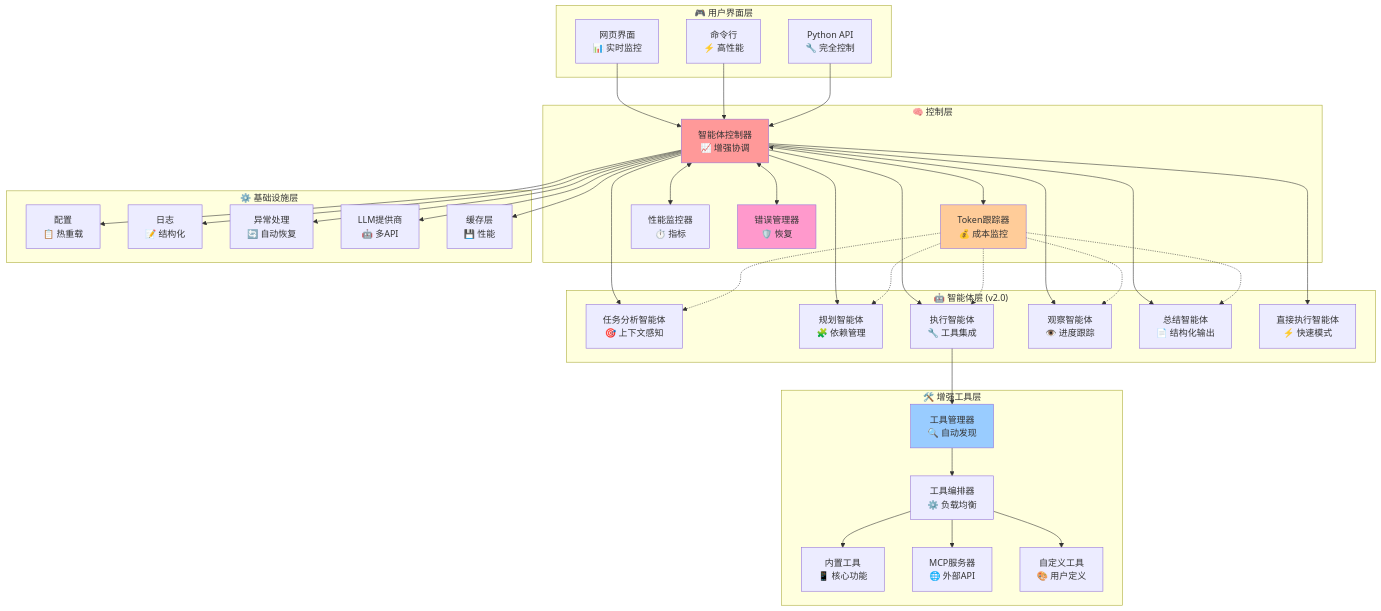
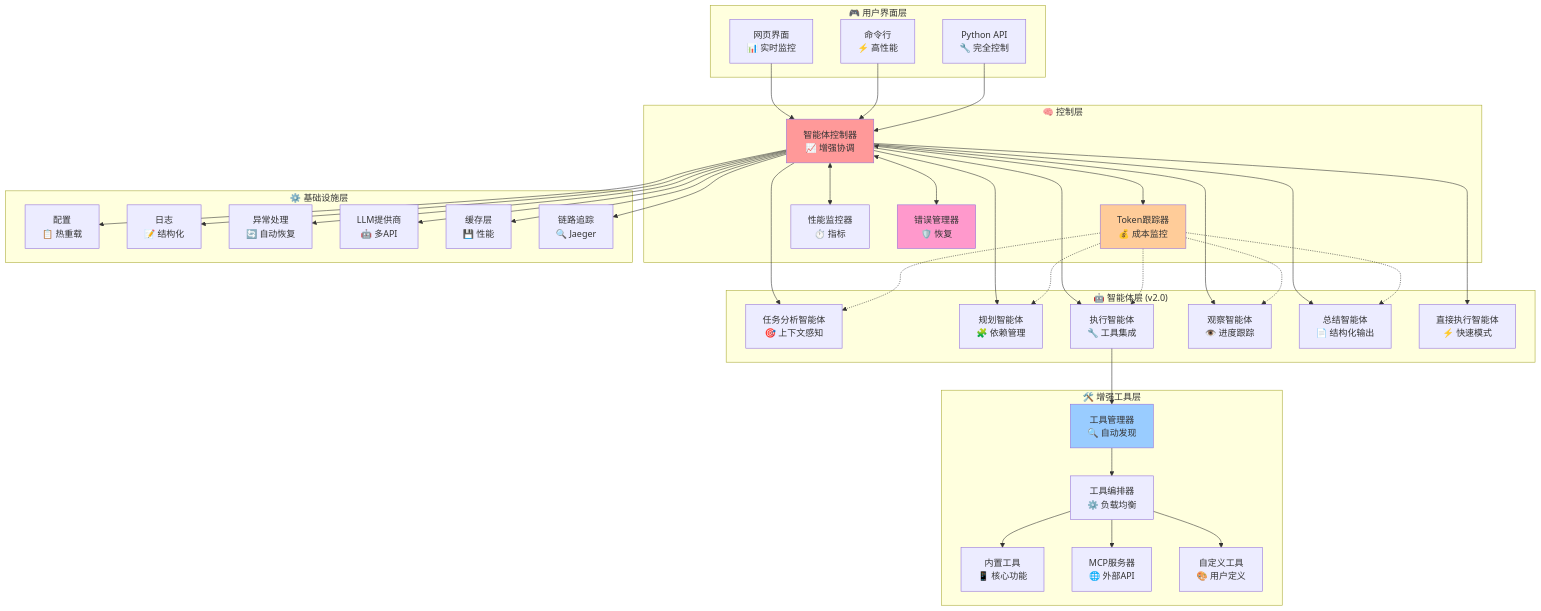
Before and after one commit to ZHangZHengEric/Sage: the first of 7 diagrams in docs/ARCHITECTURE_CN.md, drawn with Mermaid. The commit also changed other lines of this file and 252 other files, not shown here.

````diff
--- a/docs/ARCHITECTURE_CN.md
+++ b/docs/ARCHITECTURE_CN.md
@@ -69,78 +69,80 @@
 ```mermaid
 graph TB
     subgraph "🎮 用户界面层"
         UI[网页界面<br/>📊 实时监控]
         CLI[命令行<br/>⚡ 高性能]
         API[Python API<br/>🔧 完全控制]
     end
     
     subgraph "🧠 控制层"
         AC[智能体控制器<br/>📈 增强协调]
         TT[Token跟踪器<br/>💰 成本监控]
         PM[性能监控器<br/>⏱️ 指标]
         EM[错误管理器<br/>🛡️ 恢复]
     end
     
     subgraph "🤖 智能体层 (v2.0)"
         TA[任务分析智能体<br/>🎯 上下文感知]
         PA[规划智能体<br/>🧩 依赖管理]
         EA[执行智能体<br/>🔧 工具集成]
         OA[观察智能体<br/>👁️ 进度跟踪]
         SA[总结智能体<br/>📄 结构化输出]
         DA[直接执行智能体<br/>⚡ 快速模式]
     end
     
     subgraph "🛠️ 增强工具层"
         TM[工具管理器<br/>🔍 自动发现]
         BT[内置工具<br/>📱 核心功能]
         MCP[MCP服务器<br/>🌐 外部API]
         CT[自定义工具<br/>🎨 用户定义]
         TO[工具编排器<br/>⚙️ 负载均衡]
     end
     
     subgraph "⚙️ 基础设施层"
         CFG[配置<br/>📋 热重载]
         LOG[日志<br/>📝 结构化]
         EXC[异常处理<br/>🔄 自动恢复]
         LLM[LLM提供商<br/>🤖 多API]
         CACHE[缓存层<br/>💾 性能]
+        TRACE[链路追踪<br/>🔍 Jaeger]
     end
     
     UI --> AC
     CLI --> AC
     API --> AC
     
     AC <--> TT
     AC <--> PM
     AC <--> EM
     
     AC --> TA
     AC --> PA
     AC --> EA
     AC --> OA
     AC --> SA
     AC --> DA
     
     EA --> TM
     TM --> TO
     TO --> BT
     TO --> MCP
     TO --> CT
     
     AC --> CFG
     AC --> LOG
     AC --> EXC
     AC --> LLM
     AC --> CACHE
+    AC --> TRACE
     
     TT -.-> TA
     TT -.-> PA
     TT -.-> EA
     TT -.-> OA
     TT -.-> SA
     
     style AC fill:#ff9999
     style TT fill:#ffcc99
     style TM fill:#99ccff
     style EM fill:#ff99cc
 ```
````
